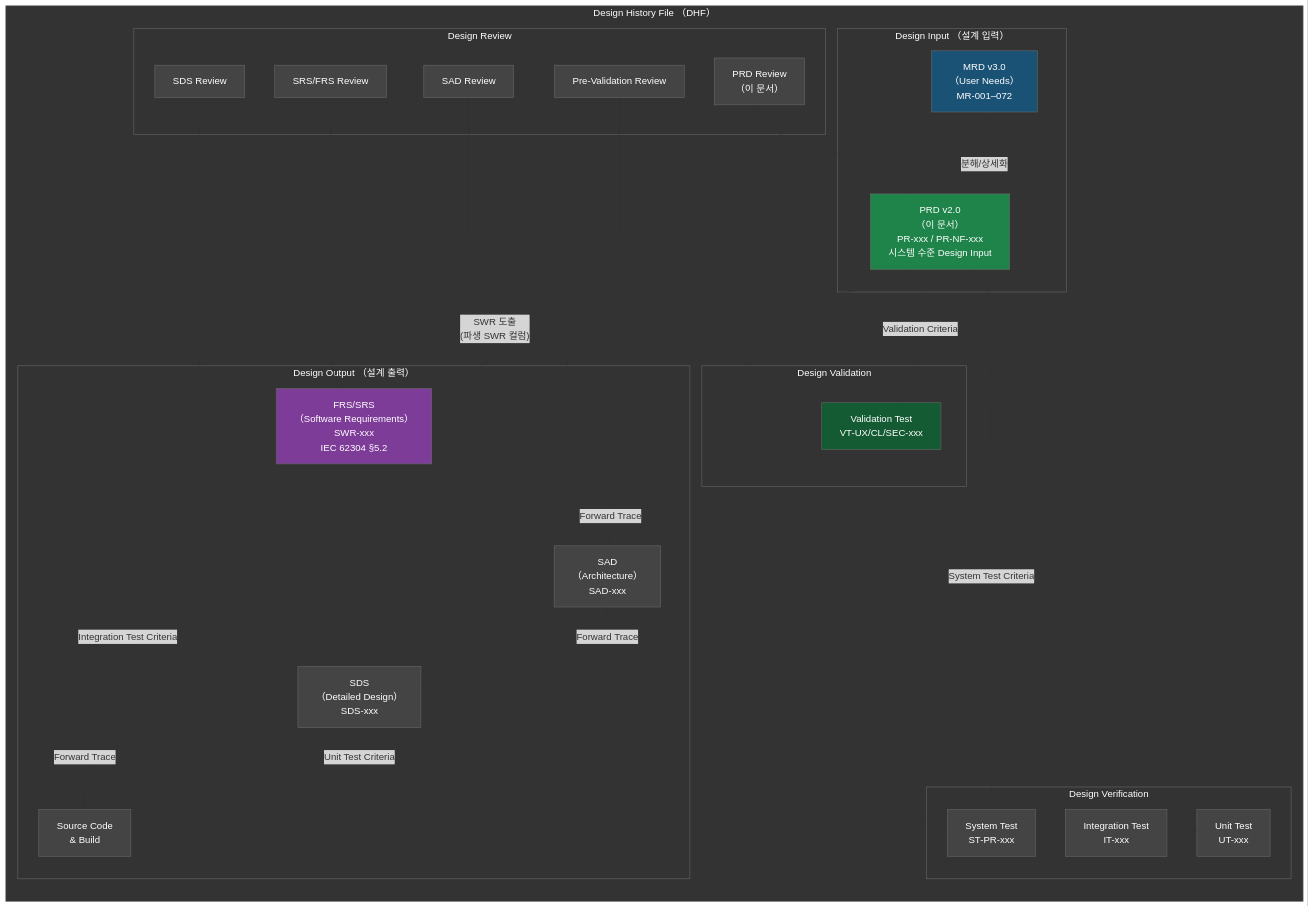
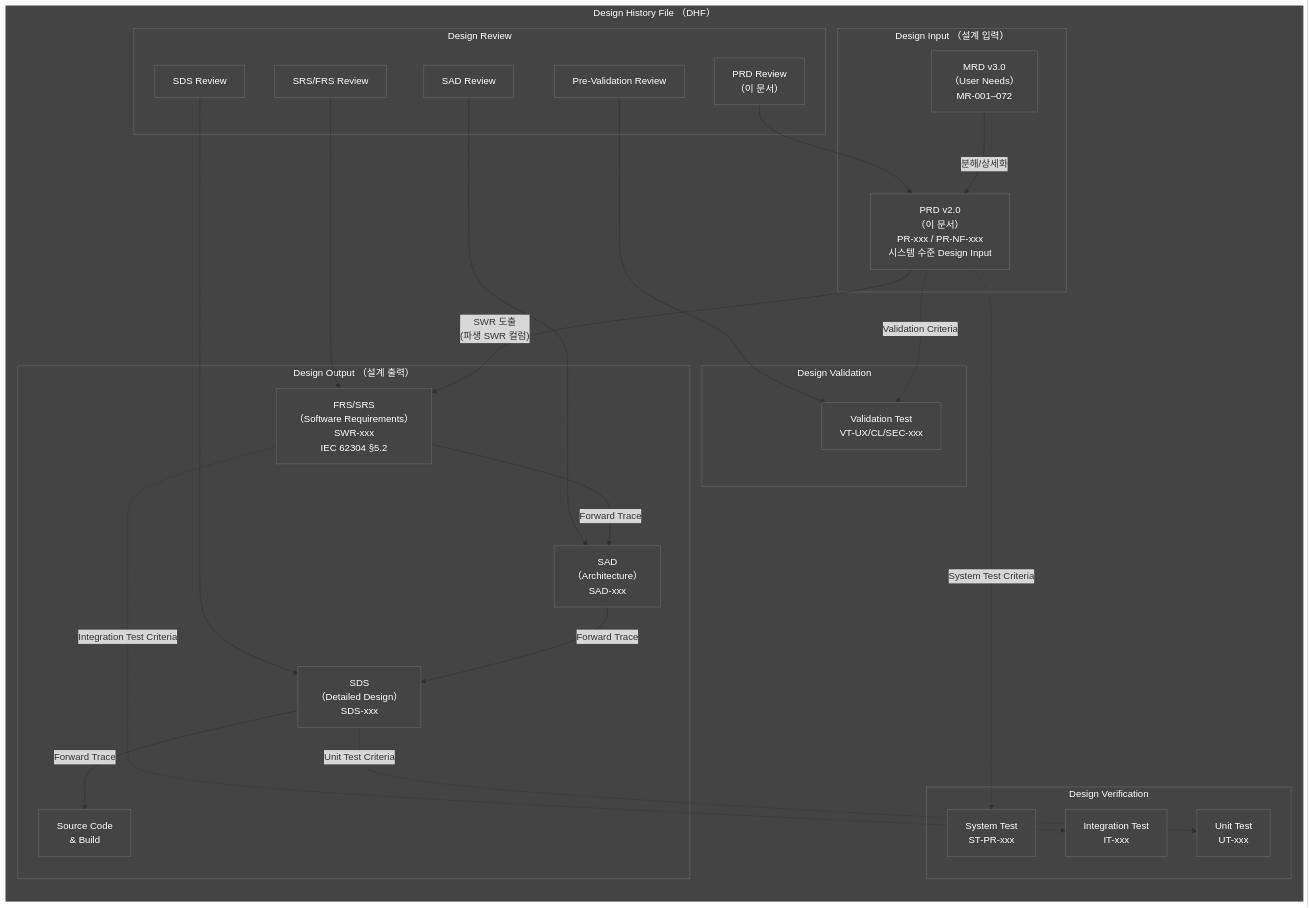
One commit to holee9/console-gui changed diagram 15 of 16 in docs/planning/DOC-002_PRD_v2.0.md. Above: the diagram before and after it, drawn with Mermaid. The commit also changed other lines of this file and 35 other files, not shown here.

First line of the commit message:
fix: 전체 Mermaid 차트 색상 진한 회색 통일

````diff
--- a/docs/planning/DOC-002_PRD_v2.0.md
+++ b/docs/planning/DOC-002_PRD_v2.0.md
@@ -1414,64 +1414,64 @@
 ```mermaid
 flowchart LR
     classDef default fill:#444,stroke:#666,color:#fff
     subgraph DHF["Design History File （DHF）"]
         subgraph DI["Design Input （설계 입력）"]
             MRD["MRD v3.0\n（User Needs）\nMR-001–072"]
             PRD_DOC["PRD v2.0\n（이 문서）\nPR-xxx / PR-NF-xxx\n시스템 수준 Design Input"]
         end
 
         subgraph DO["Design Output （설계 출력）"]
             FRS["FRS/SRS\n（Software Requirements）\nSWR-xxx\nIEC 62304 §5.2"]
             SAD["SAD\n（Architecture）\nSAD-xxx"]
             SDS["SDS\n（Detailed Design）\nSDS-xxx"]
             CODE["Source Code\n& Build"]
         end
 
         subgraph DV["Design Verification"]
             UT["Unit Test\nUT-xxx"]
             IT["Integration Test\nIT-xxx"]
             ST["System Test\nST-PR-xxx"]
         end
 
         subgraph DVA["Design Validation"]
             VT["Validation Test\nVT-UX/CL/SEC-xxx"]
         end
 
         subgraph DR["Design Review"]
             DR1["PRD Review\n（이 문서）"]
             DR2["SRS/FRS Review"]
             DR3["SAD Review"]
             DR4["SDS Review"]
             DR5["Pre-Validation Review"]
         end
     end
 
     MRD -->|"분해/상세화"| PRD_DOC
     PRD_DOC -->|"SWR 도출\n(파생 SWR 컬럼)"| FRS
     FRS -->|"Forward Trace"| SAD
     SAD -->|"Forward Trace"| SDS
     SDS -->|"Forward Trace"| CODE
 
     PRD_DOC -.->|"System Test Criteria"| ST
     FRS -.->|"Integration Test Criteria"| IT
     SDS -.->|"Unit Test Criteria"| UT
 
     PRD_DOC -.->|"Validation Criteria"| VT
 
     DR1 --> PRD_DOC
     DR2 --> FRS
     DR3 --> SAD
     DR4 --> SDS
     DR5 --> VT
 
-    style PRD_DOC fill:#1e8449,color:#fff
-    style MRD fill:#1a5276,color:#fff
-    style FRS fill:#7d3c98,color:#fff
-    style VT fill:#145a32,color:#fff
-    style DHF fill:#333,stroke:#666,color:#fff
-    style DI fill:#333,stroke:#666,color:#fff
-    style DO fill:#333,stroke:#666,color:#fff
-    style DV fill:#333,stroke:#666,color:#fff
-    style DVA fill:#333,stroke:#666,color:#fff
-    style DR fill:#333,stroke:#666,color:#fff
+    style PRD_DOC fill:#444,color:#fff
+    style MRD fill:#444,color:#fff
+    style FRS fill:#444,color:#fff
+    style VT fill:#444,color:#fff
+    style DHF fill:#444,stroke:#666,color:#fff
+    style DI fill:#444,stroke:#666,color:#fff
+    style DO fill:#444,stroke:#666,color:#fff
+    style DV fill:#444,stroke:#666,color:#fff
+    style DVA fill:#444,stroke:#666,color:#fff
+    style DR fill:#444,stroke:#666,color:#fff
 ```
````
